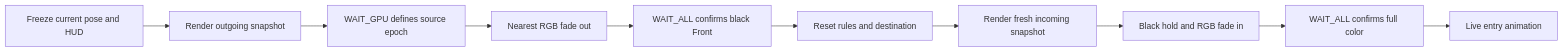
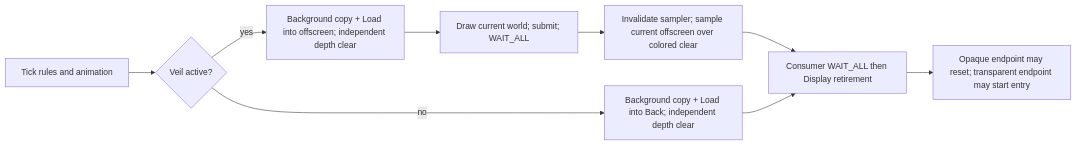
Before and after one commit to misdake/DigitalDesign: the diagram in systems/cpu-v3-tang-nano-20k/examples/gpu_renderer_bloxorz/docs/transitions.md, drawn with Mermaid. The commit also changed other lines of this file and 22 other files, not shown here.

````diff
--- a/systems/cpu-v3-tang-nano-20k/examples/gpu_renderer_bloxorz/docs/transitions.md
+++ b/systems/cpu-v3-tang-nano-20k/examples/gpu_renderer_bloxorz/docs/transitions.md
@@ -17,12 +13,11 @@
 ```mermaid
 flowchart LR
-  A[Freeze current pose and HUD] --> B[Render outgoing snapshot]
-  B --> C[WAIT_GPU defines source epoch]
-  C --> D[Nearest RGB fade out]
-  D --> E[WAIT_ALL confirms black Front]
-  E --> F[Reset rules and destination]
-  F --> G[Render fresh incoming snapshot]
-  G --> H[Black hold and RGB fade in]
-  H --> I[WAIT_ALL confirms full color]
-  I --> J[Live entry animation]
+    A[Tick rules and animation] --> B{Veil active?}
+    B -->|yes| C[Background copy + Load into offscreen; independent depth clear]
+    C --> D[Draw current world; submit; WAIT_ALL]
+    D --> E[Invalidate sampler; sample current offscreen over colored clear]
+    B -->|no| F[Background copy + Load into Back; independent depth clear]
+    E --> G[Consumer WAIT_ALL then Display retirement]
+    F --> G
+    G --> H[Opaque endpoint may reset; transparent endpoint may start entry]
 ```
````
